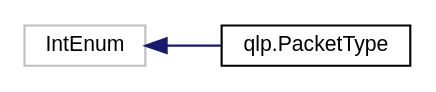
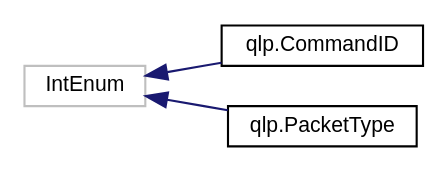
Before and after one commit to Quantum-0/qlsc: the diagram in inherit_graph_2.dot, drawn with Graphviz. The commit also changed 125 other files, not shown here.

```diff
--- a/inherit_graph_2.dot
+++ b/inherit_graph_2.dot
@@ -1,10 +1,12 @@
 digraph "Graphical Class Hierarchy"
 {
  // LATEX_PDF_SIZE
   edge [fontname="Helvetica",fontsize="10",labelfontname="Helvetica",labelfontsize="10"];
   node [fontname="Helvetica",fontsize="10",shape=record];
   rankdir="LR";
   Node6 [label="IntEnum",height=0.2,width=0.4,color="grey75", fillcolor="white", style="filled",tooltip=" "];
   Node6 -> Node0 [dir="back",color="midnightblue",fontsize="10",style="solid",fontname="Helvetica"];
-  Node0 [label="qlp.PacketType",height=0.2,width=0.4,color="black", fillcolor="white", style="filled",URL="$classqlp_1_1PacketType.html",tooltip=" "];
+  Node0 [label="qlp.CommandID",height=0.2,width=0.4,color="black", fillcolor="white", style="filled",URL="$classqlp_1_1CommandID.html",tooltip=" "];
+  Node6 -> Node8 [dir="back",color="midnightblue",fontsize="10",style="solid",fontname="Helvetica"];
+  Node8 [label="qlp.PacketType",height=0.2,width=0.4,color="black", fillcolor="white", style="filled",URL="$classqlp_1_1PacketType.html",tooltip=" "];
 }
```
